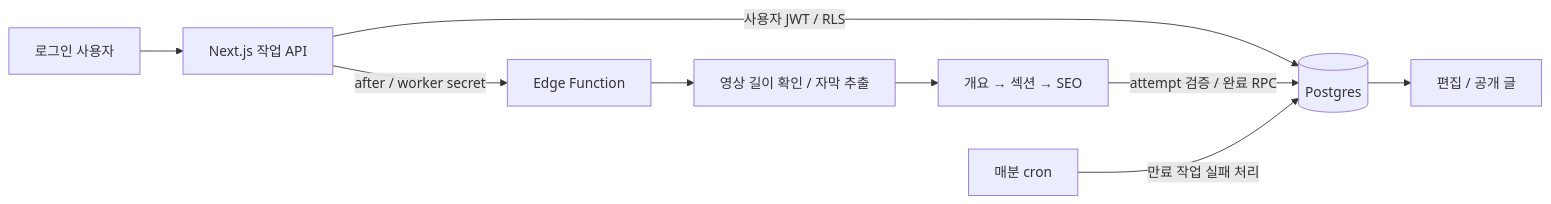
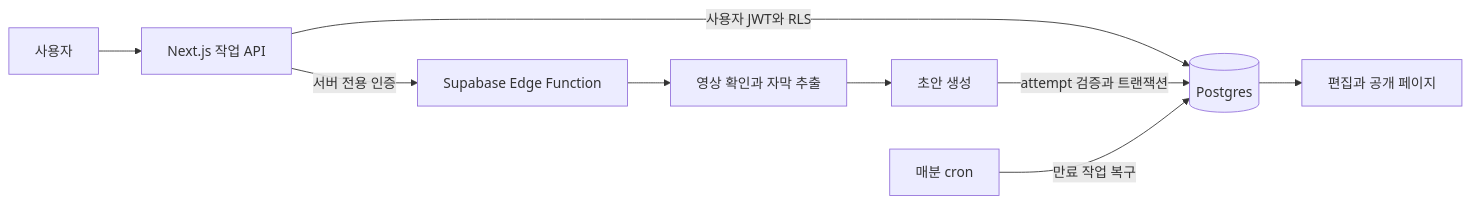
The diagram in README.md (LibrumLego/tubetopost), drawn with Mermaid before and after one commit. The commit also changed other lines of this file, not shown here.

````diff
--- a/README.md
+++ b/README.md
@@ -36,11 +30,11 @@
 ```mermaid
 flowchart LR
-  U[로그인 사용자] --> N[Next.js 작업 API]
-  N -->|사용자 JWT / RLS| D[(Postgres)]
-  N -->|after / worker secret| W[Edge Function]
-  W --> S[영상 길이 확인 / 자막 추출]
-  S --> L[개요 → 섹션 → SEO]
-  L -->|attempt 검증 / 완료 RPC| D
-  D --> E[편집 / 공개 글]
-  C[매분 cron] -->|만료 작업 실패 처리| D
+  U[사용자] --> N[Next.js 작업 API]
+  N -->|사용자 JWT와 RLS| D[(Postgres)]
+  N -->|서버 전용 인증| W[Supabase Edge Function]
+  W --> T[영상 확인과 자막 추출]
+  T --> G[초안 생성]
+  G -->|attempt 검증과 트랜잭션| D
+  D --> E[편집과 공개 페이지]
+  C[매분 cron] -->|만료 작업 복구| D
 ```
````
